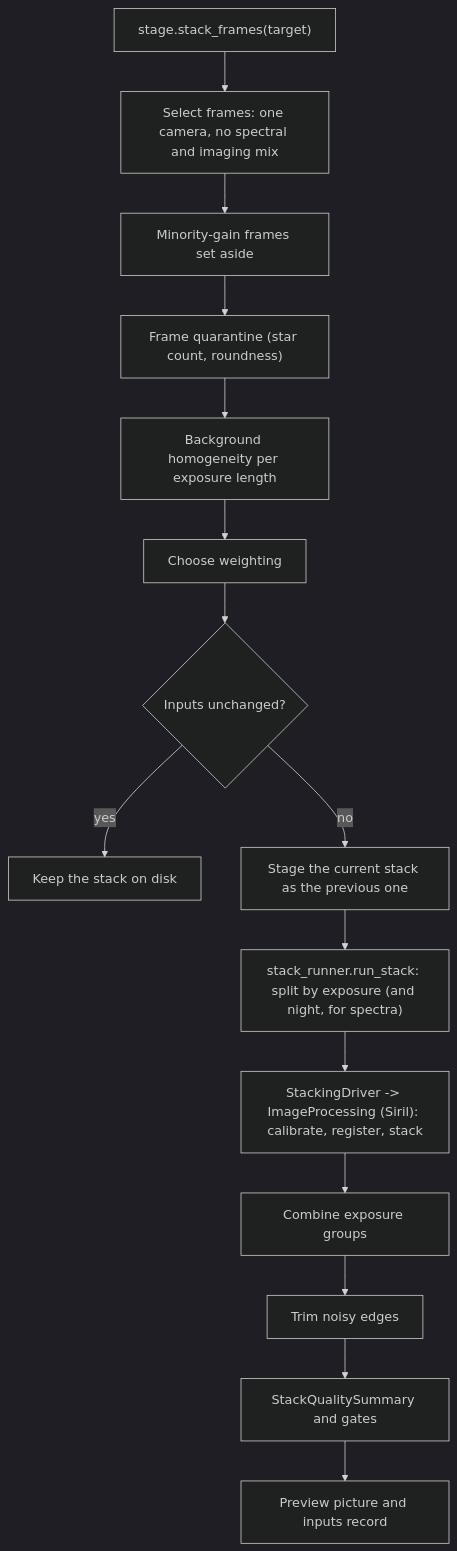
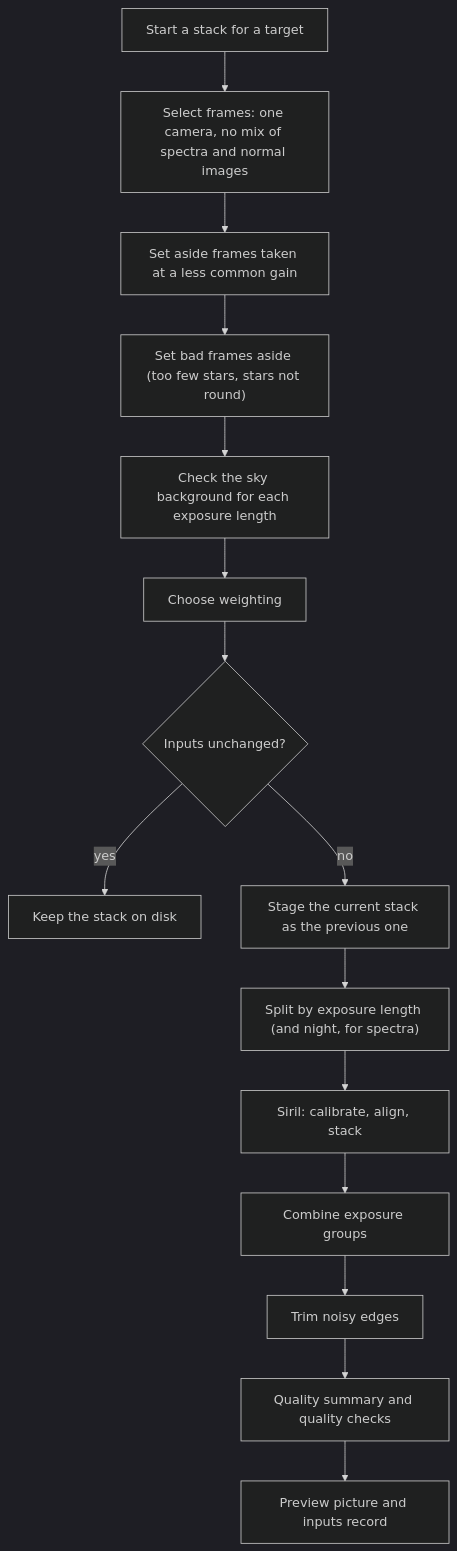
One commit to m1chae2/astrometrics changed the diagram in documentation/library_design/pipelines/stacking.md. Above: the diagram before and after it, drawn with Mermaid (dark theme). The commit also changed other lines of this file and 37 other files, not shown here.

````diff
--- a/documentation/library_design/pipelines/stacking.md
+++ b/documentation/library_design/pipelines/stacking.md
@@ -19,17 +45,17 @@
 ```mermaid
 flowchart TD
-    A["stage.stack_frames(target)"] --> B["Select frames: one camera, no spectral and imaging mix"]
-    B --> C["Minority-gain frames set aside"]
-    C --> D["Frame quarantine (star count, roundness)"]
-    D --> E["Background homogeneity per exposure length"]
+    A["Start a stack for a target"] --> B["Select frames: one camera, no mix of spectra and normal images"]
+    B --> C["Set aside frames taken at a less common gain"]
+    C --> D["Set bad frames aside (too few stars, stars not round)"]
+    D --> E["Check the sky background for each exposure length"]
     E --> F["Choose weighting"]
     F --> G{"Inputs unchanged?"}
     G -- yes --> H["Keep the stack on disk"]
     G -- no --> I["Stage the current stack as the previous one"]
-    I --> J["stack_runner.run_stack: split by exposure (and night, for spectra)"]
-    J --> K["StackingDriver -> ImageProcessing (Siril): calibrate, register, stack"]
+    I --> J["Split by exposure length (and night, for spectra)"]
+    J --> K["Siril: calibrate, align, stack"]
     K --> L["Combine exposure groups"]
     L --> M["Trim noisy edges"]
-    M --> N["StackQualitySummary and gates"]
+    M --> N["Quality summary and quality checks"]
     N --> O["Preview picture and inputs record"]
 ```
````
